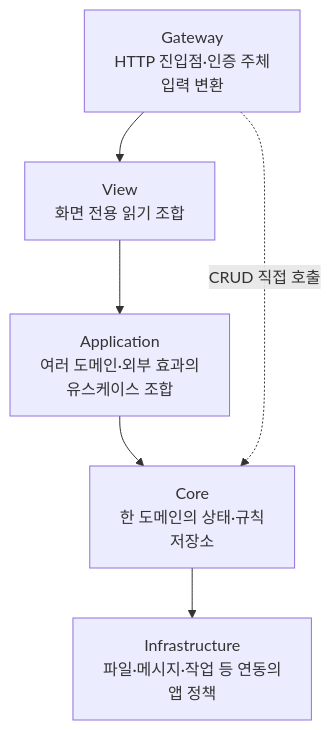
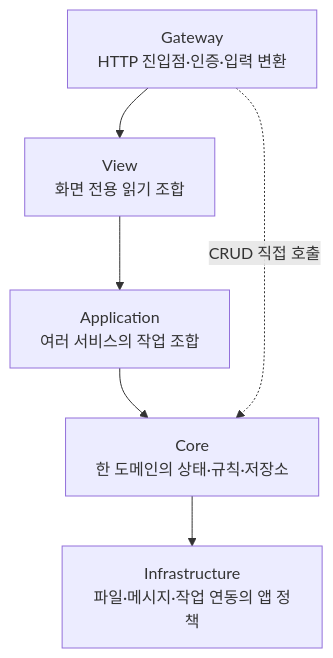
Before and after one commit to mannercode/nest-seed: the diagram in apps/api/README.md, drawn with Mermaid. The commit also changed other lines of this file and 8 other files, not shown here.

````diff
--- a/apps/api/README.md
+++ b/apps/api/README.md
@@ -24,10 +20,10 @@
 ```mermaid
 flowchart TB
-    Gateway["Gateway<br/>HTTP 진입점·인증 주체<br/>입력 변환"]
+    Gateway["Gateway<br/>HTTP 진입점·인증·입력 변환"]
     View["View<br/>화면 전용 읽기 조합"]
-    Application["Application<br/>여러 도메인·외부 효과의<br/>유스케이스 조합"]
-    Core["Core<br/>한 도메인의 상태·규칙<br/>저장소"]
-    Infrastructure["Infrastructure<br/>파일·메시지·작업 등 연동의<br/>앱 정책"]
+    Application["Application<br/>여러 서비스의 작업 조합"]
+    Core["Core<br/>한 도메인의 상태·규칙·저장소"]
+    Infrastructure["Infrastructure<br/>파일·메시지·작업 연동의 앱 정책"]
     Gateway --> View --> Application --> Core --> Infrastructure
     Gateway -. CRUD 직접 호출 .-> Core
 ```
````
